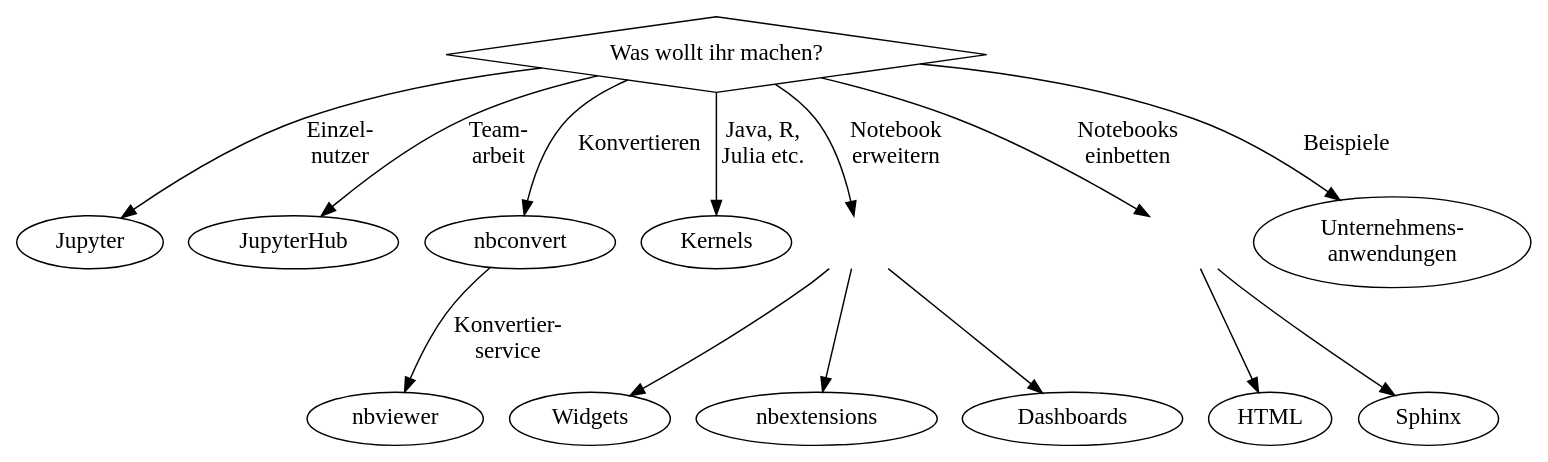
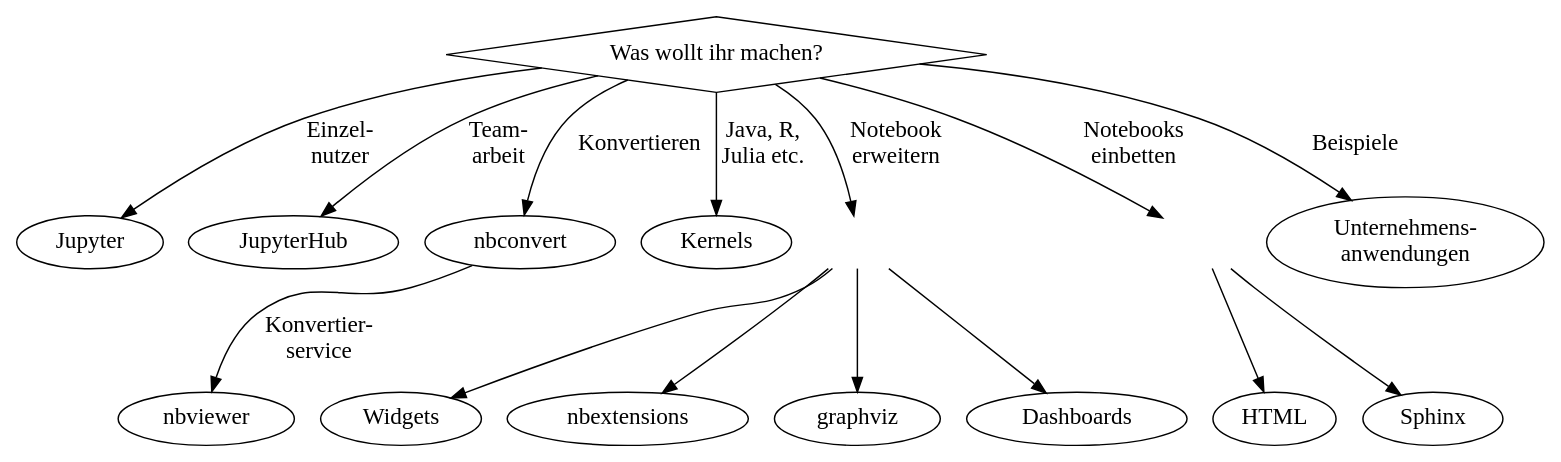
The diagram in docs/jupyter/index.rst (veit/jupyter-tutorial), drawn with Graphviz before and after one commit. The commit also changed other lines of this file and 3 other files, not shown here.

Commit message:
Add graphviz

```diff
--- a/docs/jupyter/index.rst
+++ b/docs/jupyter/index.rst
@@ -63,6 +63,11 @@
             tooltip="Installieren und Verwenden verschiedener Notebook-Erweiterungen",
             target="_top",
             href="../jupyter/nbextensions/index.html"]
+        graphviz [
+            label="graphviz",
+            tooltip="Visualisieren von Graphen",
+            target="_top",
+            href="../jupyter/graphviz.html"]
         dash [
             label="Dashboards",
             tooltip="Installieren und Verwenden von Dashboards",
@@ -87,11 +92,11 @@
         what -> extensions [label="Notebook\nerweitern"]
         what -> embed [label="Notebooks\neinbetten"]
         what -> examples [label="Beispiele"]
-        extensions -> {widgets extend dash}
+        extensions -> {widgets extend graphviz dash}
         embed -> {html sphinx}
         // Arrangement
         {rank = same; what;}
         {rank = same; jupyter; hub; nbconvert; kernels; extensions; embed; examples;}
-        {rank = same; widgets; extend; dash;}
+        {rank = same; widgets; extend; graphviz; dash;}
         {rank = same; html; sphinx}
     }
```
